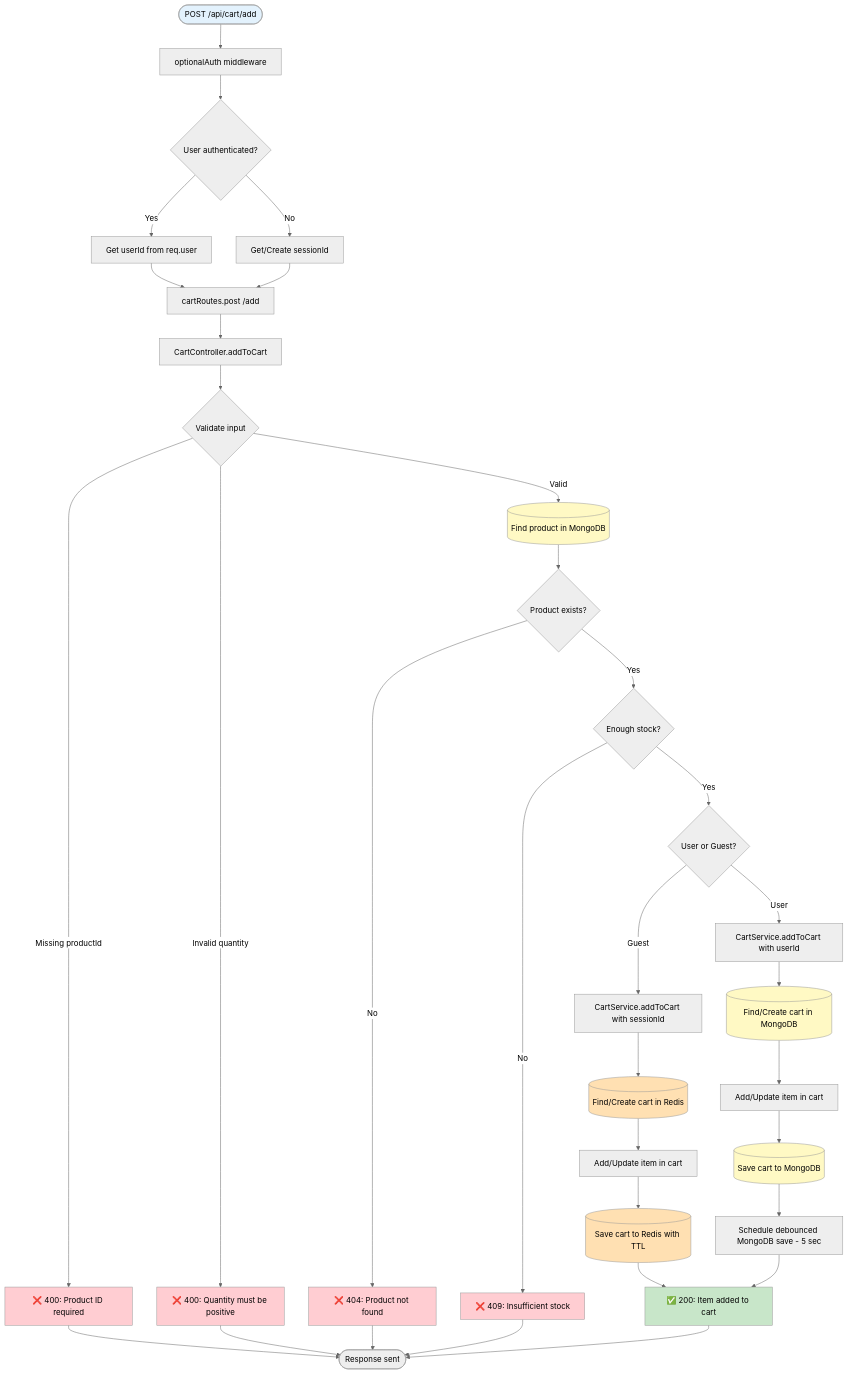
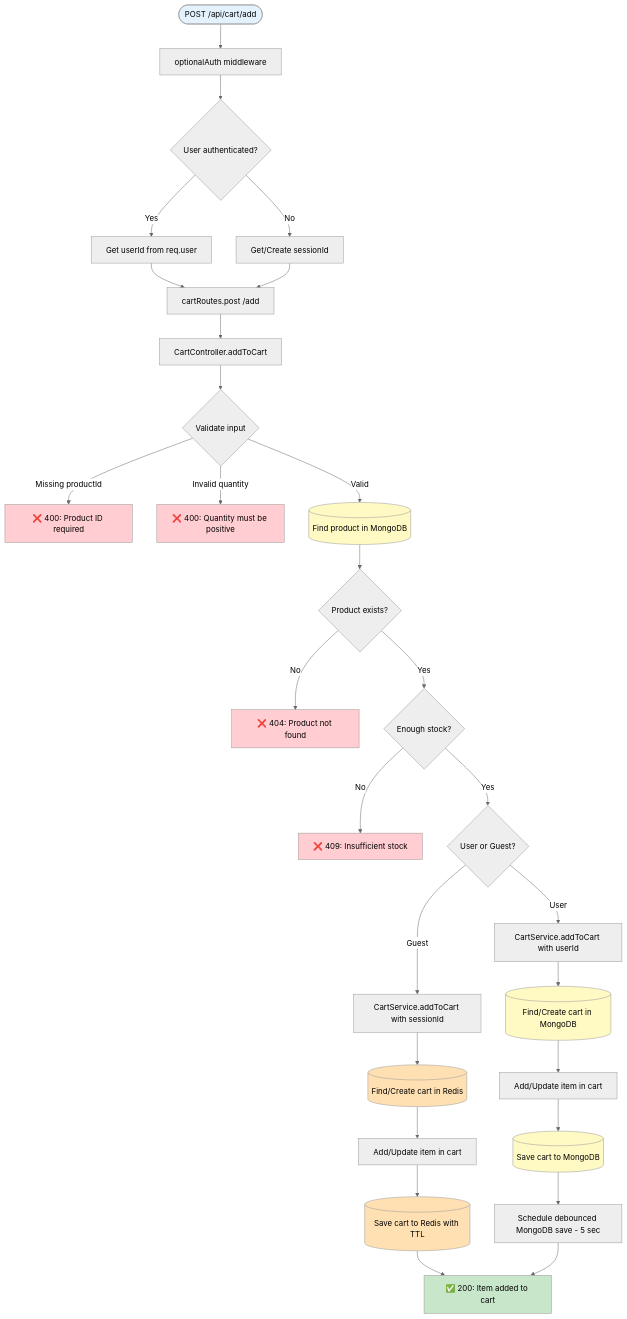
One commit to shmuelkapiloff/simple- changed diagram 11 of 26 in docs/SERVER_ENDPOINTS_MAP.md. Above: the diagram before and after it, drawn with Mermaid (neutral theme). The commit also changed other lines of this file, not shown here.

Commit message:
fix: Remove End nodes from flowcharts to fix GitHub Mermaid rendering

````diff
--- a/docs/SERVER_ENDPOINTS_MAP.md
+++ b/docs/SERVER_ENDPOINTS_MAP.md
@@ -581,59 +544,54 @@
 ```mermaid
 flowchart TD
     Request([POST /api/cart/add]) --> OptionalAuth[optionalAuth middleware]
     OptionalAuth --> CheckAuth{User authenticated?}
     
     CheckAuth -->|Yes| GetUserId[Get userId from req.user]
     CheckAuth -->|No| GetSessionId[Get/Create sessionId]
     
     GetUserId --> RouteHandler[cartRoutes.post /add]
     GetSessionId --> RouteHandler
     
     RouteHandler --> Controller[CartController.addToCart]
     Controller --> ValidateInput{Validate input}
     ValidateInput -->|Missing productId| Return400["❌ 400: Product ID required"]
     ValidateInput -->|Invalid quantity| Return400Qty["❌ 400: Quantity must be positive"]
     ValidateInput -->|Valid| CheckProduct[(Find product in MongoDB)]
     
     CheckProduct --> ProductExists{Product exists?}
     ProductExists -->|No| Return404["❌ 404: Product not found"]
     ProductExists -->|Yes| CheckStock{Enough stock?}
     
     CheckStock -->|No| Return409["❌ 409: Insufficient stock"]
     CheckStock -->|Yes| ServiceCall{User or Guest?}
     
     ServiceCall -->|User| AddToUserCart[CartService.addToCart with userId]
     ServiceCall -->|Guest| AddToGuestCart[CartService.addToCart with sessionId]
     
     AddToUserCart --> FindCart[(Find/Create cart in MongoDB)]
     AddToGuestCart --> FindGuestCartRedis[(Find/Create cart in Redis)]
     
     FindCart --> UpdateCart[Add/Update item in cart]
     FindGuestCartRedis --> UpdateGuestCart[Add/Update item in cart]
     
     UpdateCart --> SaveMongo[(Save cart to MongoDB)]
     UpdateGuestCart --> SaveRedis[(Save cart to Redis with TTL)]
     
     SaveMongo --> ScheduleFlush[Schedule debounced MongoDB save - 5 sec]
     SaveRedis --> Return200["✅ 200: Item added to cart"]
     
     ScheduleFlush --> Return200
     
-    Return400 --> End([Response sent])
-    Return400Qty --> End
-    Return404 --> End
-    Return409 --> End
-    Return200 --> End
     
     style Request fill:#e3f2fd
     style Return200 fill:#c8e6c9
     style Return400 fill:#ffcdd2
     style Return400Qty fill:#ffcdd2
     style Return404 fill:#ffcdd2
     style Return409 fill:#ffcdd2
     style CheckProduct fill:#fff9c4
     style FindCart fill:#fff9c4
     style SaveMongo fill:#fff9c4
     style FindGuestCartRedis fill:#ffe0b2
     style SaveRedis fill:#ffe0b2
 ```
````
